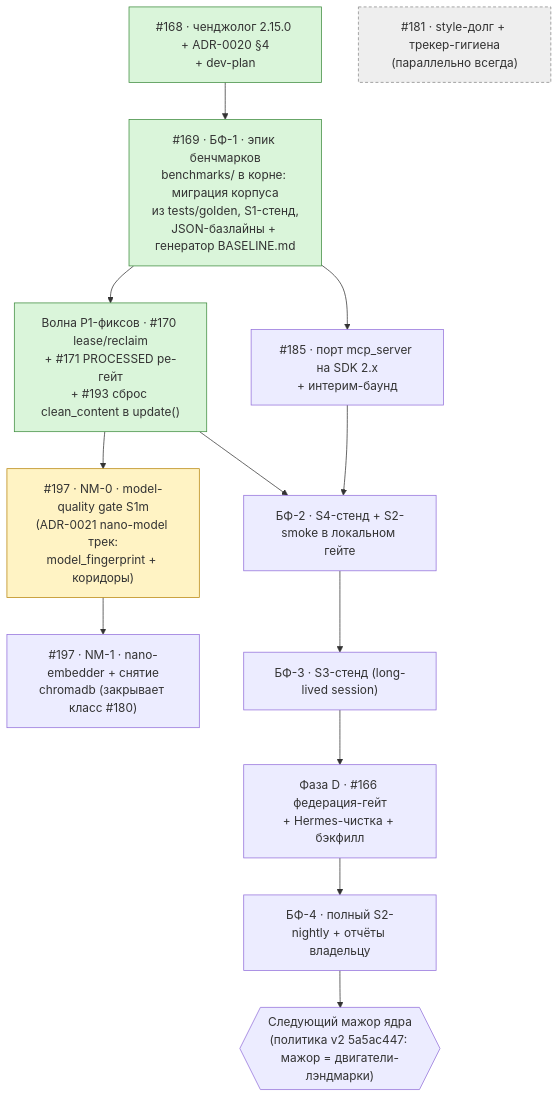
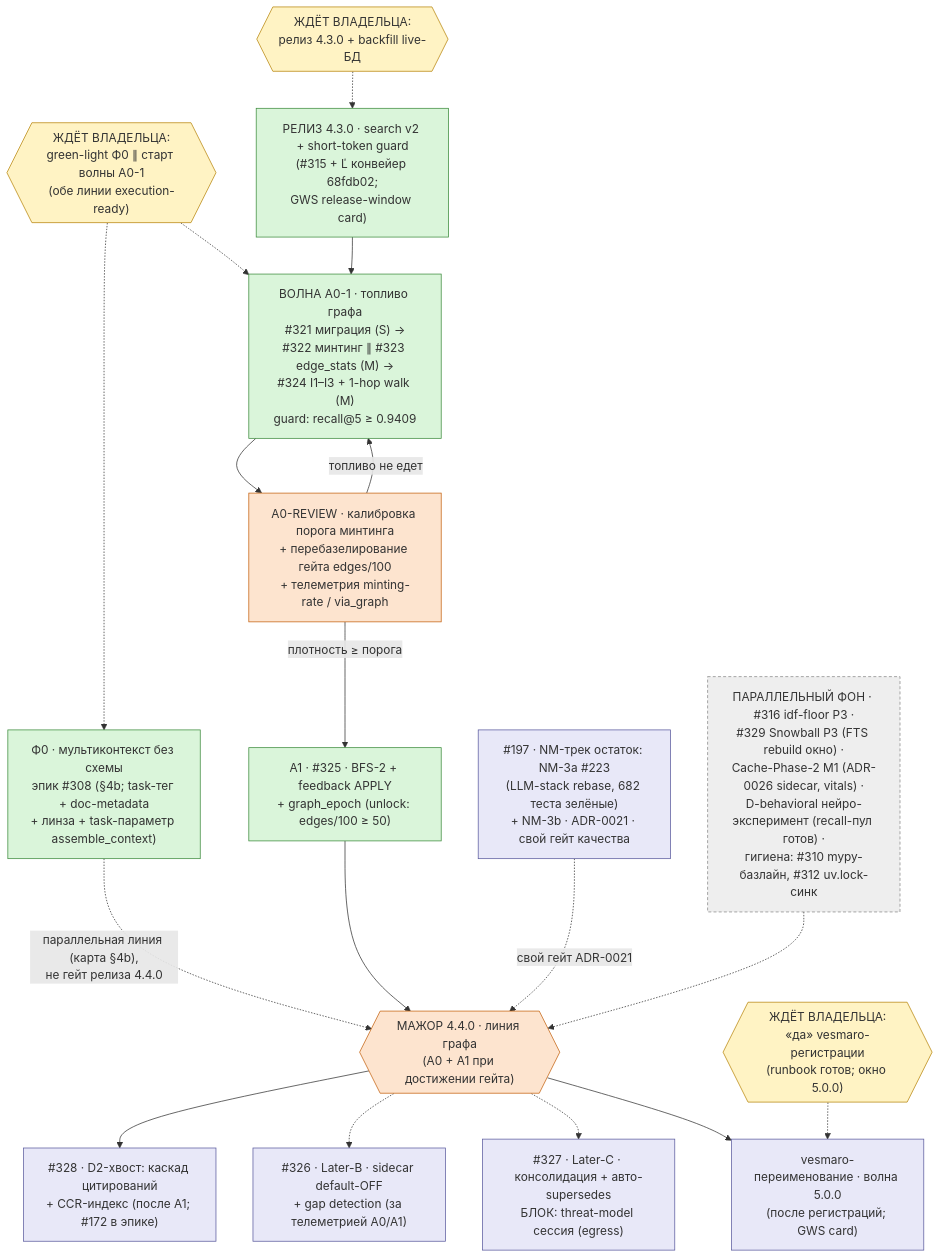
One commit to vesmaro/vesmaro changed the first of 4 diagrams in docs/project/dev-plan.md. Above: the diagram before and after it, drawn with Mermaid. The commit also changed other lines of this file, not shown here.

First line of the commit message:
docs(plan): regenerate section 4 master roadmap — post-ArchCom wave DAG (#330)

````diff
--- a/docs/project/dev-plan.md
+++ b/docs/project/dev-plan.md
@@ -82,34 +90,44 @@
 ```mermaid
 flowchart TD
-    PR168["#168 · ченджолог 2.15.0 + ADR-0020 §4<br/>+ dev-plan"]
-    BF1["#169 · БФ-1 · эпик бенчмарков<br/>benchmarks/ в корне: миграция корпуса<br/>из tests/golden, S1-стенд,<br/>JSON-базлайны + генератор BASELINE.md"]
-    P1W["Волна P1-фиксов · #170 lease/reclaim<br/>+ #171 PROCESSED ре-гейт<br/>+ #193 сброс clean_content в update()"]
-    L185["#185 · порт mcp_server на SDK 2.x<br/>+ интерим-баунд"]
-    NM0["#197 · NM-0 · model-quality gate S1m<br/>(ADR-0021 nano-model трек:<br/>model_fingerprint + коридоры)"]
-    NM1["#197 · NM-1 · nano-embedder + снятие<br/>chromadb (закрывает класс #180)"]
-    BF2["БФ-2 · S4-стенд + S2-smoke в локальном гейте"]
-    BF3["БФ-3 · S3-стенд (long-lived session)"]
-    PHD["Фаза D · #166 федерация-гейт<br/>+ Hermes-чистка + бэкфилл"]
-    BF4["БФ-4 · полный S2-nightly + отчёты владельцу"]
-    REL{{"Следующий мажор ядра<br/>(политика v2 5a5ac447: мажор = двигатели-лэндмарки)"}}
-    SIDE["#181 · style-долг + трекер-гигиена<br/>(параллельно всегда)"]
-    PR168 --> BF1
-    BF1 --> P1W
-    BF1 --> L185
-    P1W --> NM0
-    P1W --> BF2
-    L185 --> BF2
-    NM0 --> NM1
-    BF2 --> BF3
-    BF3 --> PHD
-    PHD --> BF4
-    BF4 --> REL
-    classDef done fill:#daf5da,stroke:#3d8b3d
-    classDef wip fill:#fff3c4,stroke:#b8860b
+    OWN1{{"ЖДЁТ ВЛАДЕЛЬЦА:<br/>релиз 4.3.0 + backfill live-БД"}}
+    OWN2{{"ЖДЁТ ВЛАДЕЛЬЦА:<br/>green-light Ф0 ∥ старт волны A0-1<br/>(обе линии execution-ready)"}}
+    OWN3{{"ЖДЁТ ВЛАДЕЛЬЦА:<br/>«да» vesmaro-регистрации<br/>(runbook готов; окно 5.0.0)"}}
+    REL430["РЕЛИЗ 4.3.0 · search v2 + short-token guard<br/>(#315 + #317; конвейер 68fdb02;<br/>GWS release-window card)"]
+    A01["ВОЛНА A0-1 · топливо графа<br/>#321 миграция (S) →<br/>#322 минтинг ∥ #323 edge_stats (M) →<br/>#324 I1–I3 + 1-hop walk (M)<br/>guard: recall@5 ≥ 0.9409"]
+    A0R["A0-REVIEW · калибровка порога минтинга<br/>+ перебазелирование гейта edges/100<br/>+ телеметрия minting-rate / via_graph"]
+    F0["Ф0 · мультиконтекст без схемы<br/>эпик #308 (§4b; task-тег + doc-metadata<br/>+ линза + task-параметр assemble_context)"]
+    A1["A1 · #325 · BFS-2 + feedback APPLY<br/>+ graph_epoch (unlock: edges/100 ≥ 50)"]
+    D2S["#328 · D2-хвост: каскад цитирований<br/>+ CCR-индекс (после A1; #172 в эпике)"]
+    LB["#326 · Later-B · sidecar default-OFF<br/>+ gap detection (за телеметрией A0/A1)"]
+    LC["#327 · Later-C · консолидация + авто-supersedes<br/>БЛОК: threat-model сессия (egress)"]
+    M440{{"МАЖОР 4.4.0 · линия графа<br/>(A0 + A1 при достижении гейта)"}}
+    NM["#197 · NM-трек остаток: NM-3a #223<br/>(LLM-stack rebase, 682 теста зелёные)<br/>+ NM-3b · ADR-0021 · свой гейт качества"]
+    REN["vesmaro-переименование · волна 5.0.0<br/>(после регистраций; GWS card)"]
+    SIDE["ПАРАЛЛЕЛЬНЫЙ ФОН · #316 idf-floor P3 ·<br/>#329 Snowball P3 (FTS rebuild окно) ·<br/>Cache-Phase-2 M1 (ADR-0026 sidecar, vitals) ·<br/>D-behavioral нейро-эксперимент (recall-пул готов) ·<br/>гигиена: #310 mypy-базлайн, #312 uv.lock-синк"]
+    OWN1 -.-> REL430
+    OWN2 -.-> A01
+    OWN2 -.-> F0
+    REL430 --> A01
+    A01 --> A0R
+    A0R -- "плотность ≥ порога" --> A1
+    A0R -- "топливо не едет" --> A01
+    F0 -. "параллельная линия (карта §4b),<br/>не гейт релиза 4.4.0" .-> M440
+    A1 --> M440
+    NM -. свой гейт ADR-0021 .-> M440
+    M440 --> D2S
+    M440 -.-> LB
+    M440 -.-> LC
+    M440 --> REN
+    OWN3 -.-> REN
+    SIDE -.-> M440
+    classDef owner fill:#fff3c4,stroke:#b8860b
+    classDef wave fill:#daf5da,stroke:#3d8b3d
+    classDef gate fill:#fde4cf,stroke:#c46210
+    classDef later fill:#e8e8f8,stroke:#5b5b9e
     classDef side fill:#eeeeee,stroke:#888888,stroke-dasharray: 4 3
-    class PR168 done
-    class BF1 done
-    class P1W done
-    class NM0 wip
+    class OWN1,OWN2,OWN3 owner
+    class REL430,A01,F0,A1 wave
+    class A0R,M440 gate
+    class NM,D2S,LB,LC,REN later
     class SIDE side
 ```
````
